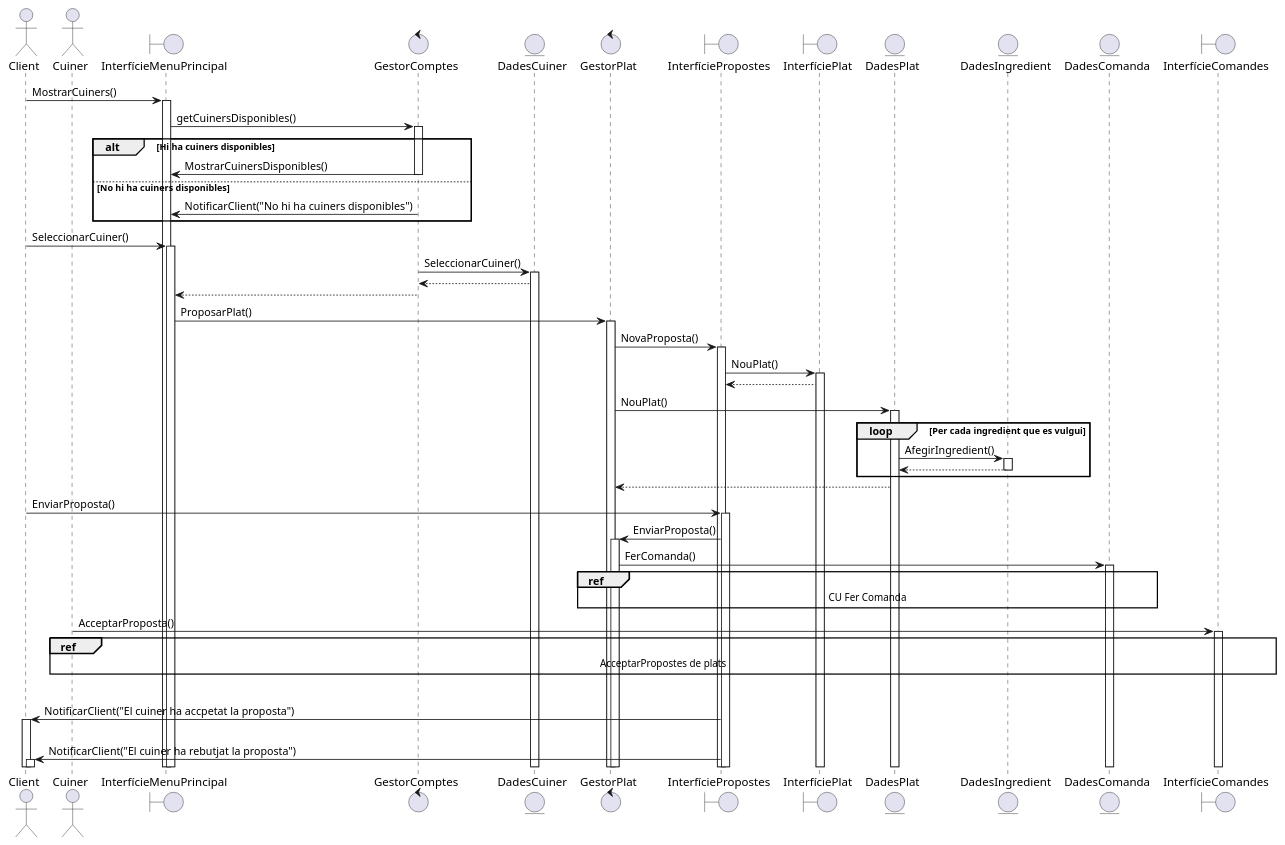
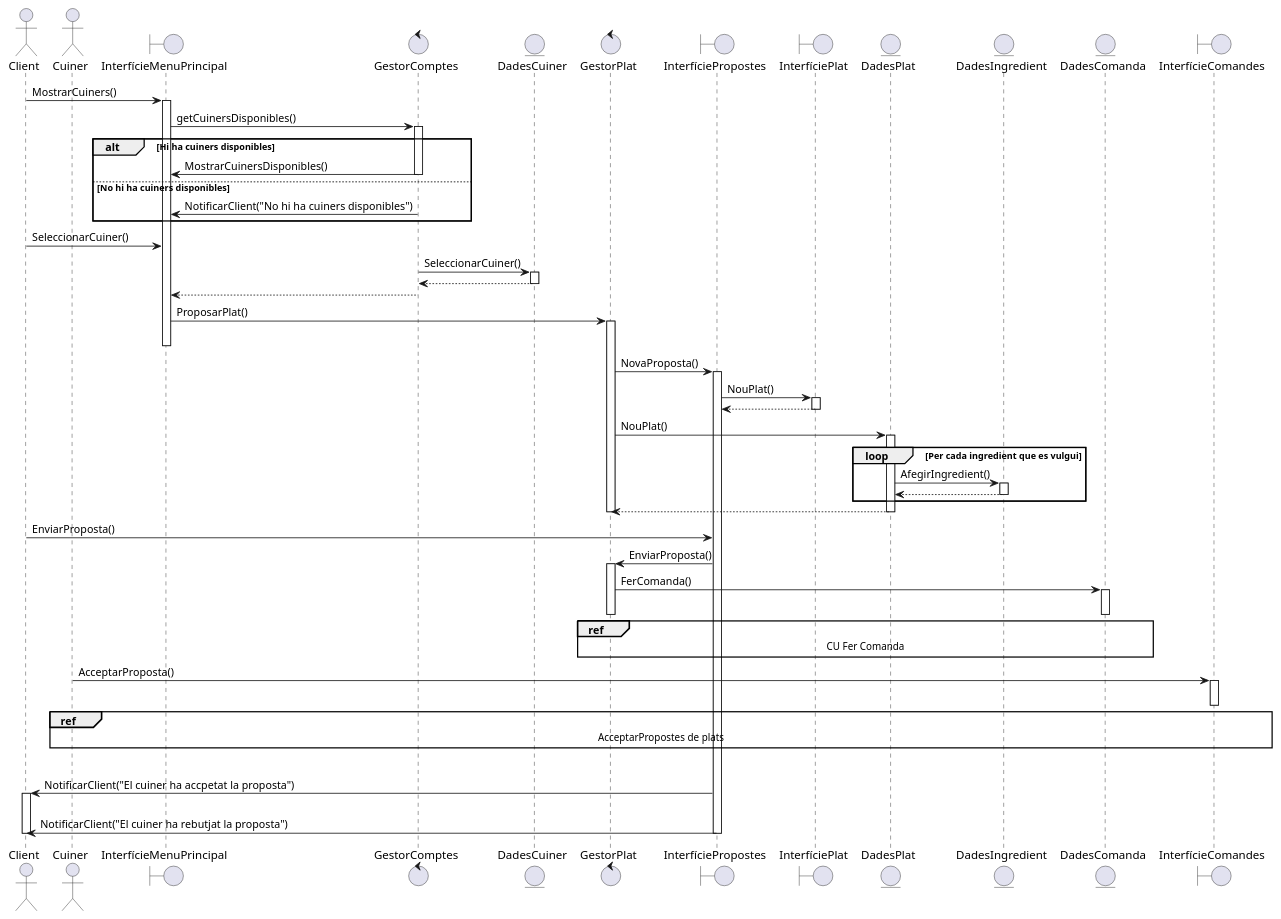
One commit to martipages/ES23UAB431-02 changed the diagram in documents/Diagrames i Especificacions/Seqüencia/seta/3 - Proposar Plats.puml. Above: the diagram before and after it, drawn with PlantUML. The commit also changed 12 other files, not shown here.

```diff
--- a/documents/Diagrames i Especificacions/Seqüencia/seta/3 - Proposar Plats.puml
+++ b/documents/Diagrames i Especificacions/Seqüencia/seta/3 - Proposar Plats.puml
@@ -1,57 +1,67 @@
 @startuml
 
 actor Client
 actor Cuiner
 
 boundary InterfícieMenuPrincipal
 control GestorComptes
 entity DadesCuiner
 
 control GestorPlat
 boundary InterfíciePropostes
 boundary InterfíciePlat
 entity DadesPlat
 entity DadesIngredient
 entity DadesComanda
 boundary InterfícieComandes
 
 Client->InterfícieMenuPrincipal++:MostrarCuiners()
 InterfícieMenuPrincipal -> GestorComptes++:getCuinersDisponibles()
 alt Hi ha cuiners disponibles
 GestorComptes->InterfícieMenuPrincipal--:MostrarCuinersDisponibles()
 
 else No hi ha cuiners disponibles
 GestorComptes->InterfícieMenuPrincipal--: NotificarClient("No hi ha cuiners disponibles")
 end
 
-Client->InterfícieMenuPrincipal++:SeleccionarCuiner()
+Client->InterfícieMenuPrincipal:SeleccionarCuiner()
 GestorComptes->DadesCuiner++:SeleccionarCuiner()
 DadesCuiner-->GestorComptes
+DadesCuiner--
 GestorComptes-->InterfícieMenuPrincipal--
 
 InterfícieMenuPrincipal->GestorPlat++:ProposarPlat()
+InterfícieMenuPrincipal--
+
 GestorPlat->InterfíciePropostes++:NovaProposta()
 InterfíciePropostes->InterfíciePlat++:NouPlat()
 InterfíciePlat-->InterfíciePropostes
+InterfíciePlat--
+
 GestorPlat->DadesPlat++: NouPlat()
 loop Per cada ingredient que es vulgui
 DadesPlat->DadesIngredient++:AfegirIngredient()
 DadesIngredient-->DadesPlat--
 end
 DadesPlat-->GestorPlat
-Client->InterfíciePropostes++:EnviarProposta()
+GestorPlat--
+DadesPlat--
+Client->InterfíciePropostes:EnviarProposta()
 InterfíciePropostes->GestorPlat++:EnviarProposta()
 GestorPlat->DadesComanda++:FerComanda()
+GestorPlat--
+DadesComanda--
 ref over DadesComanda,GestorPlat: CU Fer Comanda
 
 Cuiner->InterfícieComandes++:AcceptarProposta()
+InterfícieComandes--
 ref over Cuiner, InterfícieComandes: AcceptarPropostes de plats
 
 alt Si el cuiner ha acceptat la proposta
 InterfíciePropostes->Client++:NotificarClient("El cuiner ha accpetat la proposta")
 else Si no
-InterfíciePropostes->Client++:NotificarClient("El cuiner ha rebutjat la proposta")
-
+InterfíciePropostes->Client--:NotificarClient("El cuiner ha rebutjat la proposta")
+Client--
 
 
 @enduml
```
